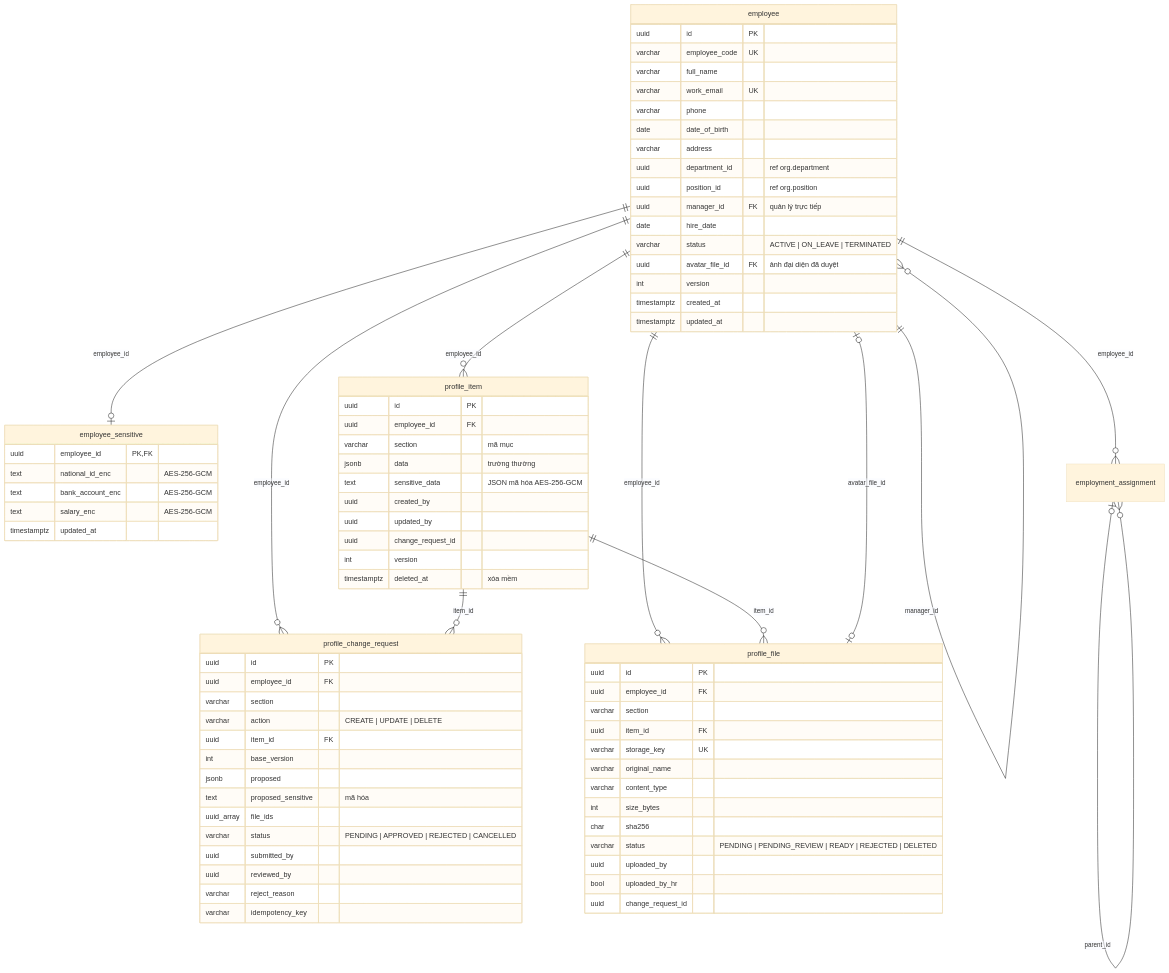
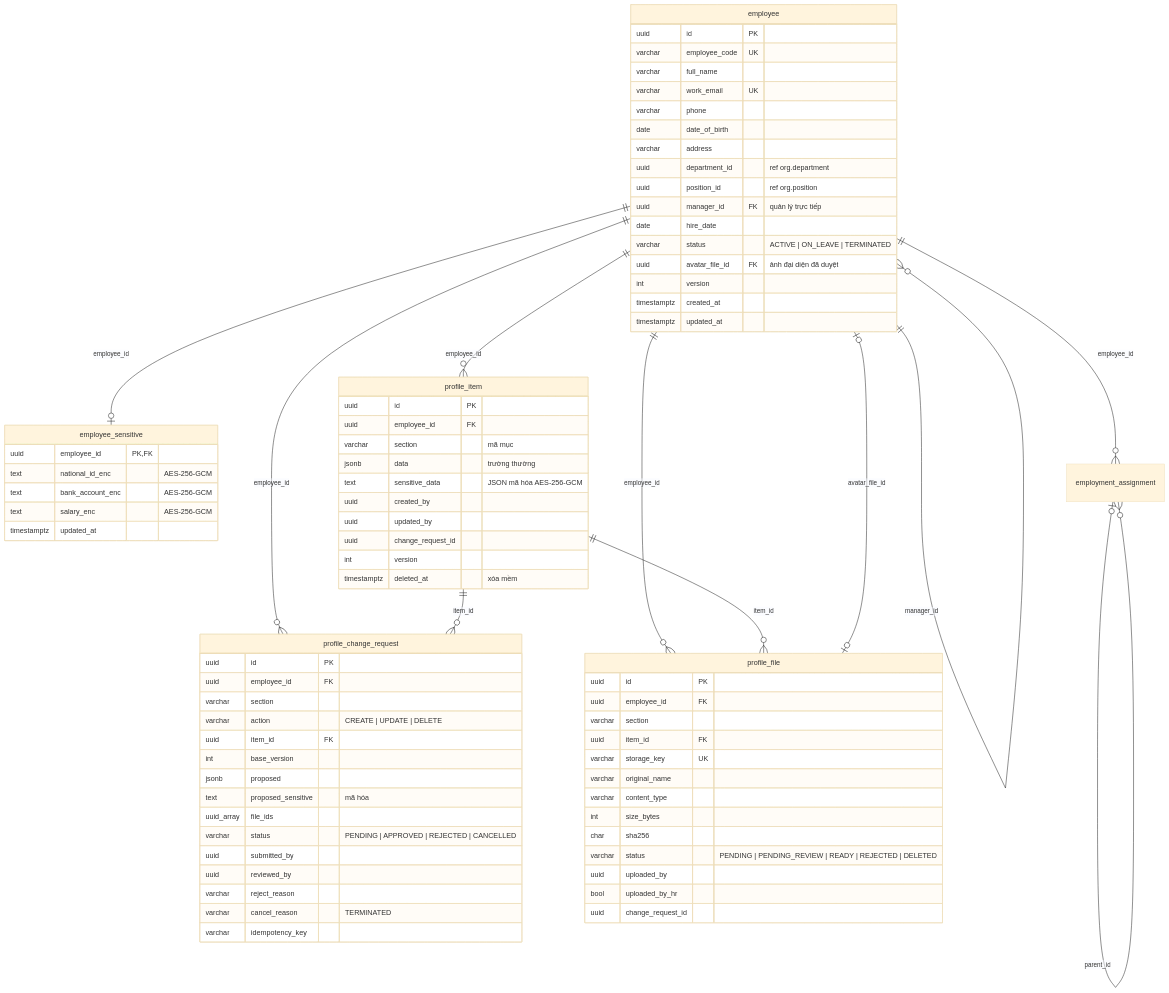
The fourth of 7 diagrams in docs/architecture/database-schema.md (Acerchicken/HR-Enterprise-Platform), drawn with Mermaid (base theme) before and after one commit. The commit also changed other lines of this file and 15 other files, not shown here.

First line of the commit message:
docs: cập nhật trạng thái ngoại lệ đã code (spec, test.md, database-schema, flows UC7, staging-readiness); thêm ca e2e E22 hủy rồi gán lại

````diff
--- a/docs/architecture/database-schema.md
+++ b/docs/architecture/database-schema.md
@@ -248,81 +249,82 @@
 ```mermaid
 erDiagram
   employee ||--o{ employee : "manager_id"
   employee ||--o| employee_sensitive : "employee_id"
   employee ||--o{ profile_item : "employee_id"
   employee ||--o{ profile_change_request : "employee_id"
   employee ||--o{ profile_file : "employee_id"
   profile_item ||--o{ profile_change_request : "item_id"
   profile_item ||--o{ profile_file : "item_id"
   profile_file |o--o| employee : "avatar_file_id"
   employee ||--o{ employment_assignment : "employee_id"
   employment_assignment |o--o{ employment_assignment : "parent_id"
   employee {
     uuid id PK
     varchar employee_code UK
     varchar full_name
     varchar work_email UK
     varchar phone
     date date_of_birth
     varchar address
     uuid department_id "ref org.department"
     uuid position_id "ref org.position"
     uuid manager_id FK "quản lý trực tiếp"
     date hire_date
     varchar status "ACTIVE | ON_LEAVE | TERMINATED"
     uuid avatar_file_id FK "ảnh đại diện đã duyệt"
     int version
     timestamptz created_at
     timestamptz updated_at
   }
   employee_sensitive {
     uuid employee_id PK,FK
     text national_id_enc "AES-256-GCM"
     text bank_account_enc "AES-256-GCM"
     text salary_enc "AES-256-GCM"
     timestamptz updated_at
   }
   profile_item {
     uuid id PK
     uuid employee_id FK
     varchar section "mã mục"
     jsonb data "trường thường"
     text sensitive_data "JSON mã hóa AES-256-GCM"
     uuid created_by
     uuid updated_by
     uuid change_request_id
     int version
     timestamptz deleted_at "xóa mềm"
   }
   profile_change_request {
     uuid id PK
     uuid employee_id FK
     varchar section
     varchar action "CREATE | UPDATE | DELETE"
     uuid item_id FK
     int base_version
     jsonb proposed
     text proposed_sensitive "mã hóa"
     uuid_array file_ids
     varchar status "PENDING | APPROVED | REJECTED | CANCELLED"
     uuid submitted_by
     uuid reviewed_by
     varchar reject_reason
+    varchar cancel_reason "TERMINATED"
     varchar idempotency_key
   }
   profile_file {
     uuid id PK
     uuid employee_id FK
     varchar section
     uuid item_id FK
     varchar storage_key UK
     varchar original_name
     varchar content_type
     int size_bytes
     char sha256
     varchar status "PENDING | PENDING_REVIEW | READY | REJECTED | DELETED"
     uuid uploaded_by
     bool uploaded_by_hr
     uuid change_request_id
   }
 ```
````
